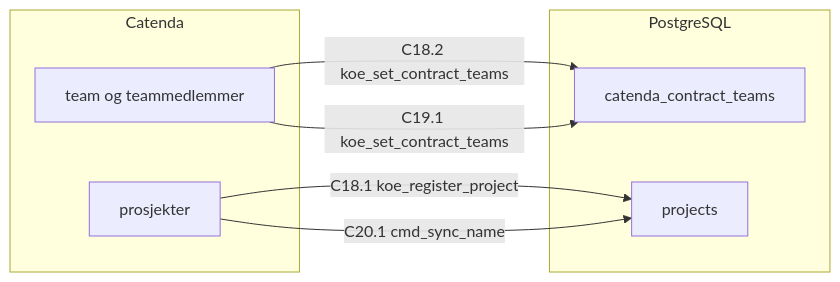
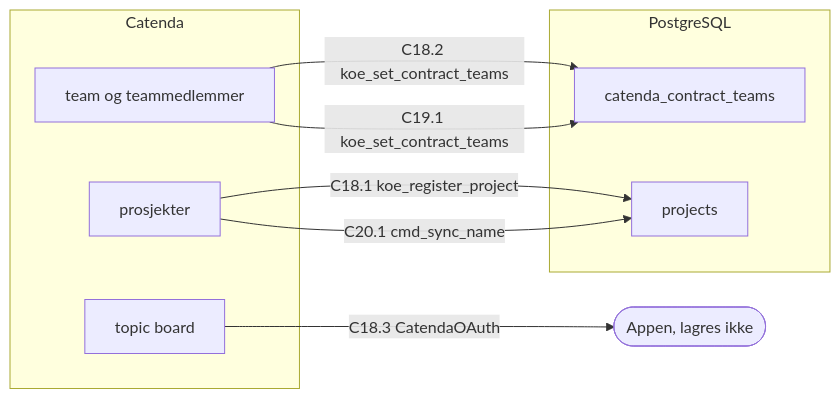
One commit to khjohns/endringsmeldinger changed the sixth of 6 diagrams in docs/datamodell/relasjoner.md. Above: the diagram before and after it, drawn with Mermaid. The commit also changed other lines of this file and 10 other files, not shown here.

````diff
--- a/docs/datamodell/relasjoner.md
+++ b/docs/datamodell/relasjoner.md
@@ -774,15 +774,18 @@
 ```mermaid
 flowchart LR
     subgraph g0["Catenda"]
         c_prosjekt["prosjekter"]
         c_team["team og teammedlemmer"]
+        c_board["topic board"]
     end
     subgraph g1["PostgreSQL"]
         t_catenda_contract_teams["catenda_contract_teams"]
         t_projects["projects"]
     end
+    t_appen(["Appen, lagres ikke"])
     c_prosjekt -->|"C18.1 koe_register_project"| t_projects
     c_team -->|"C18.2 koe_set_contract_teams"| t_catenda_contract_teams
+    c_board -->|"C18.3 CatendaOAuth"| t_appen
     c_team -->|"C19.1 koe_set_contract_teams"| t_catenda_contract_teams
     c_prosjekt -->|"C20.1 cmd_sync_name"| t_projects
 ```
````
